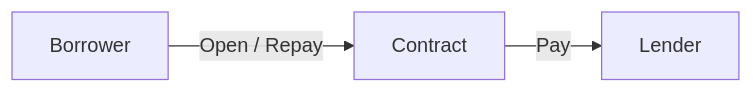
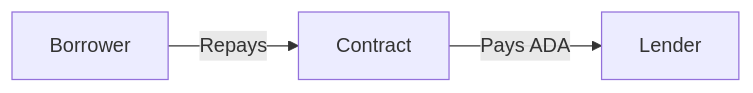
One commit to Savissy/Cardano-Dapps changed the fourth of 7 diagrams in Collaterized-Lending-App/user-manual.md. Above: the diagram before and after it, drawn with Mermaid. The commit also changed other lines of this file, not shown here.

````diff
--- a/Collaterized-Lending-App/user-manual.md
+++ b/Collaterized-Lending-App/user-manual.md
@@ -217,5 +130,5 @@
 ```mermaid
 graph LR
-    Borrower -->|Open / Repay| Contract
-    Contract -->|Pay| Lender
+    Borrower -->|Repays| Contract
+    Contract -->|Pays ADA| Lender
 ```
````
